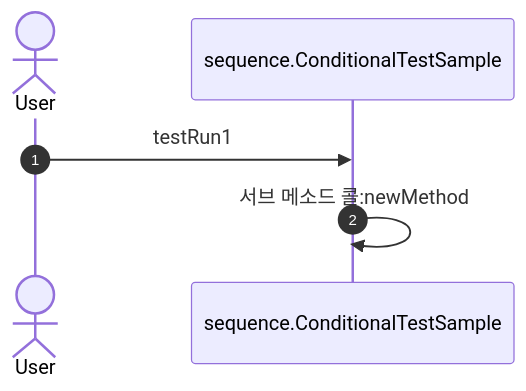
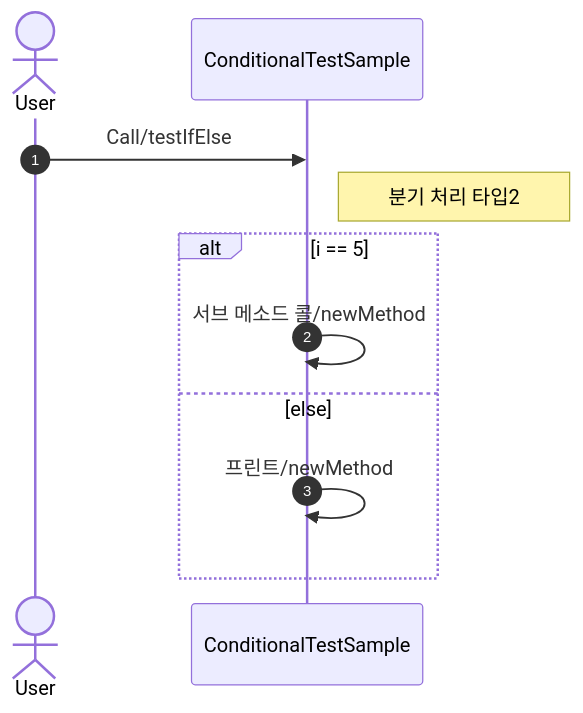
One commit to JinJinHoHo/gen-dia changed the second of 2 diagrams in readme.md. Above: the diagram before and after it, drawn with Mermaid. The commit also changed other lines of this file and 27 other files, not shown here.

````diff
--- a/readme.md
+++ b/readme.md
@@ -61,13 +59,16 @@
 ```mermaid
 sequenceDiagram
     autonumber
 
-    actor User
+    actor  User
+    participant testData.sequence.ConditionalTestSample as ConditionalTestSample
 
-    participant User
-    participant sequence.ConditionalTestSample
-
-    User->>sequence.ConditionalTestSample:testRun1
-    sequence.ConditionalTestSample->>sequence.ConditionalTestSample:서브 메소드 콜:newMethod
+    User->>testData.sequence.ConditionalTestSample:Call/testIfElse
+    Note right of testData.sequence.ConditionalTestSample: 분기 처리 타입2
+    alt i == 5
+        testData.sequence.ConditionalTestSample->>testData.sequence.ConditionalTestSample:서브 메소드 콜/newMethod
+    else else
+        testData.sequence.ConditionalTestSample->>testData.sequence.ConditionalTestSample:프린트/newMethod
+    end
 
 ```
````
